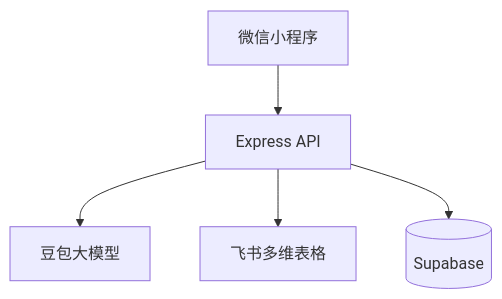
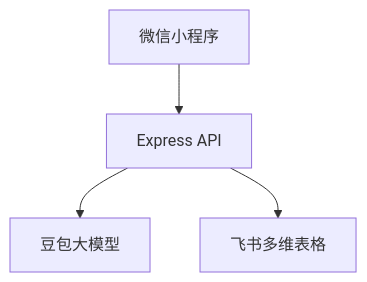
Before and after one commit to winnie6688/box2bitable: the diagram in docs/tech-arch.md, drawn with Mermaid. The commit also changed 3 other files, not shown here.

````diff
--- a/docs/tech-arch.md
+++ b/docs/tech-arch.md
@@ -3,7 +3,6 @@
 ```mermaid
 graph TD
   A[微信小程序] --> B[Express API]
   B --> C[豆包大模型]
   B --> D[飞书多维表格]
-  B --> E[(Supabase)]
 ```
````
